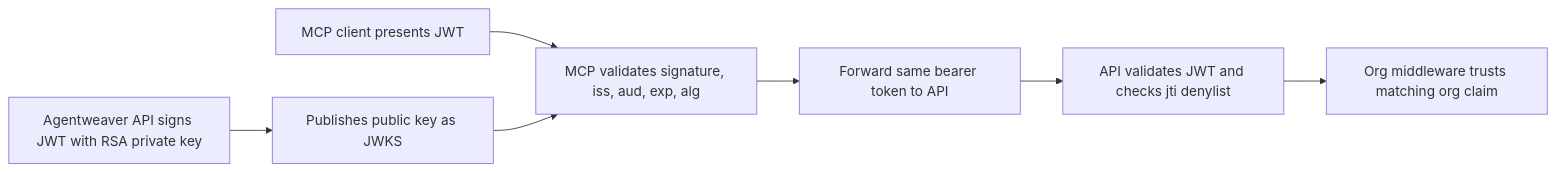
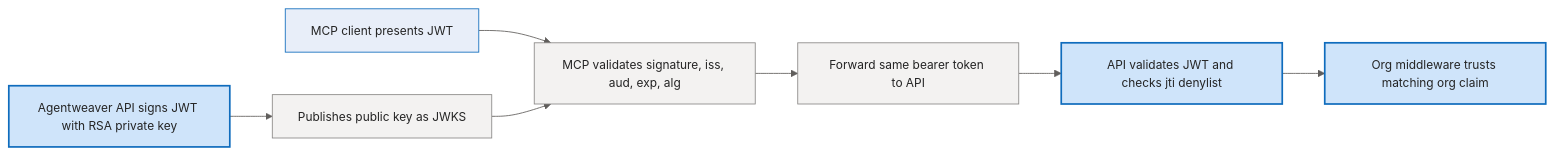
The sixth of 6 diagrams in docs/deep-dive/auth-security.md (sabbour/agentweaver), drawn with Mermaid before and after one commit. The commit also changed other lines of this file and 13 other files, not shown here.

````diff
--- a/docs/deep-dive/auth-security.md
+++ b/docs/deep-dive/auth-security.md
@@ -359,9 +457,22 @@
 ```mermaid
+%%{init: {'theme':'base','themeVariables':{'fontFamily':'Segoe UI, system-ui, -apple-system, sans-serif','fontSize':'14px','primaryColor':'#E8EEF9','primaryBorderColor':'#0F6CBD','primaryTextColor':'#242424','lineColor':'#605E5C','clusterBkg':'#FAF9F8','clusterBorder':'#D2D0CE','edgeLabelBackground':'#FFFFFF'}}}%%
 flowchart LR
     AS[Agentweaver API signs JWT with RSA private key] --> JWKS[Publishes public key as JWKS]
     Client[MCP client presents JWT] --> MCP[MCP validates signature, iss, aud, exp, alg]
     JWKS --> MCP
     MCP --> Forward[Forward same bearer token to API]
     Forward --> API[API validates JWT and checks jti denylist]
     API --> Authz[Org middleware trusts matching org claim]
+
+    classDef client fill:#E8EEF9,stroke:#0F6CBD,stroke-width:1px,color:#242424;
+    classDef svc fill:#F3F2F1,stroke:#8A8886,stroke-width:1px,color:#242424;
+    classDef core fill:#CFE4FA,stroke:#0F6CBD,stroke-width:2px,color:#242424;
+    classDef data fill:#FFF4CE,stroke:#C19C00,stroke-width:1px,color:#242424;
+    classDef ext fill:#F0E8F8,stroke:#8764B8,stroke-width:1px,color:#242424;
+    classDef runtime fill:#DDF3DD,stroke:#107C10,stroke-width:1px,color:#242424;
+    classDef evt fill:#D6F0F0,stroke:#038387,stroke-width:1px,color:#242424;
+
+    class Client client;
+    class JWKS,MCP,Forward svc;
+    class AS,API,Authz core;
 ```
````
